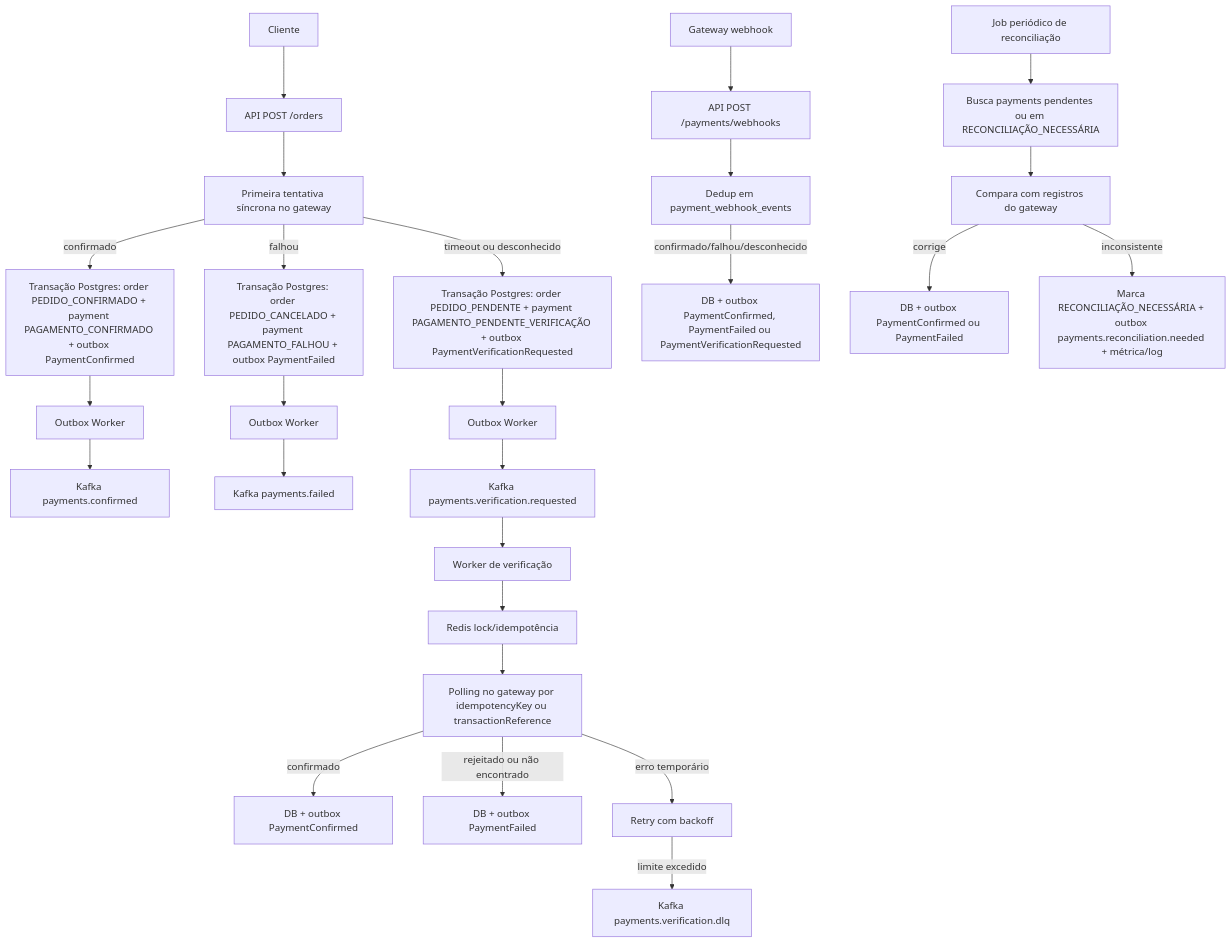
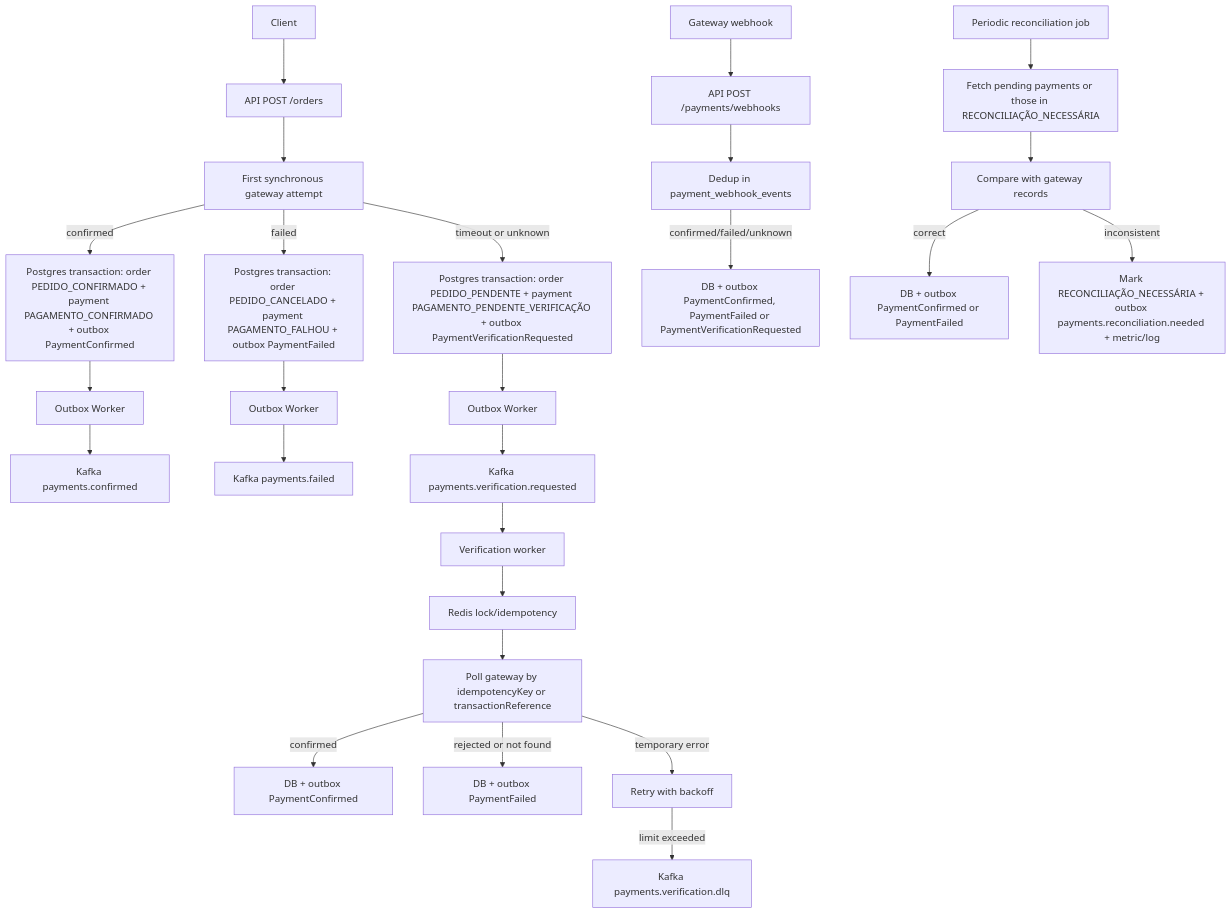
One commit to Thiago771414/event-driven-order-processing-system changed the diagram in event-driven-order-processing-system-main/README.md. Above: the diagram before and after it, drawn with Mermaid. The commit also changed other lines of this file and 19 other files, not shown here.

````diff
--- a/event-driven-order-processing-system-main/README.md
+++ b/event-driven-order-processing-system-main/README.md
@@ -172,34 +172,34 @@
 ```mermaid
 flowchart TD
-  C[Cliente] --> A[API POST /orders]
-  A --> G[Primeira tentativa síncrona no gateway]
+  C[Client] --> A[API POST /orders]
+  A --> G[First synchronous gateway attempt]
 
-  G -->|confirmado| TX1[Transação Postgres: order PEDIDO_CONFIRMADO + payment PAGAMENTO_CONFIRMADO + outbox PaymentConfirmed]
+  G -->|confirmed| TX1[Postgres transaction: order PEDIDO_CONFIRMADO + payment PAGAMENTO_CONFIRMADO + outbox PaymentConfirmed]
   TX1 --> O1[Outbox Worker]
   O1 --> K1[Kafka payments.confirmed]
 
-  G -->|falhou| TX2[Transação Postgres: order PEDIDO_CANCELADO + payment PAGAMENTO_FALHOU + outbox PaymentFailed]
+  G -->|failed| TX2[Postgres transaction: order PEDIDO_CANCELADO + payment PAGAMENTO_FALHOU + outbox PaymentFailed]
   TX2 --> O2[Outbox Worker]
   O2 --> K2[Kafka payments.failed]
 
-  G -->|timeout ou desconhecido| TX3[Transação Postgres: order PEDIDO_PENDENTE + payment PAGAMENTO_PENDENTE_VERIFICAÇÃO + outbox PaymentVerificationRequested]
+  G -->|timeout or unknown| TX3[Postgres transaction: order PEDIDO_PENDENTE + payment PAGAMENTO_PENDENTE_VERIFICAÇÃO + outbox PaymentVerificationRequested]
   TX3 --> O3[Outbox Worker]
   O3 --> K3[Kafka payments.verification.requested]
 
-  K3 --> W[Worker de verificação]
-  W --> R[Redis lock/idempotência]
-  R --> Q[Polling no gateway por idempotencyKey ou transactionReference]
-  Q -->|confirmado| WC[DB + outbox PaymentConfirmed]
-  Q -->|rejeitado ou não encontrado| WF[DB + outbox PaymentFailed]
-  Q -->|erro temporário| RET[Retry com backoff]
-  RET -->|limite excedido| DLQ[Kafka payments.verification.dlq]
+  K3 --> W[Verification worker]
+  W --> R[Redis lock/idempotency]
+  R --> Q[Poll gateway by idempotencyKey or transactionReference]
+  Q -->|confirmed| WC[DB + outbox PaymentConfirmed]
+  Q -->|rejected or not found| WF[DB + outbox PaymentFailed]
+  Q -->|temporary error| RET[Retry with backoff]
+  RET -->|limit exceeded| DLQ[Kafka payments.verification.dlq]
 
   GW[Gateway webhook] --> WH[API POST /payments/webhooks]
-  WH --> WHI[Dedup em payment_webhook_events]
-  WHI -->|confirmado/falhou/desconhecido| WHTX[DB + outbox PaymentConfirmed, PaymentFailed ou PaymentVerificationRequested]
+  WH --> WHI[Dedup in payment_webhook_events]
+  WHI -->|confirmed/failed/unknown| WHTX[DB + outbox PaymentConfirmed, PaymentFailed or PaymentVerificationRequested]
 
-  B[Job periódico de reconciliação] --> P[Busca payments pendentes ou em RECONCILIAÇÃO_NECESSÁRIA]
-  P --> BG[Compara com registros do gateway]
-  BG -->|corrige| BOK[DB + outbox PaymentConfirmed ou PaymentFailed]
-  BG -->|inconsistente| ALERT[Marca RECONCILIAÇÃO_NECESSÁRIA + outbox payments.reconciliation.needed + métrica/log]
+  B[Periodic reconciliation job] --> P[Fetch pending payments or those in RECONCILIAÇÃO_NECESSÁRIA]
+  P --> BG[Compare with gateway records]
+  BG -->|correct| BOK[DB + outbox PaymentConfirmed or PaymentFailed]
+  BG -->|inconsistent| ALERT[Mark RECONCILIAÇÃO_NECESSÁRIA + outbox payments.reconciliation.needed + metric/log]
 ```
````
